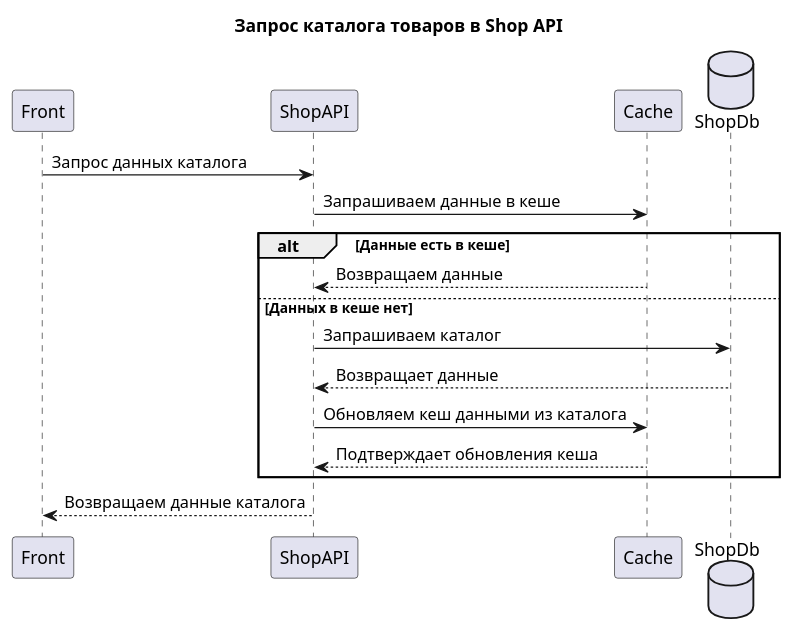
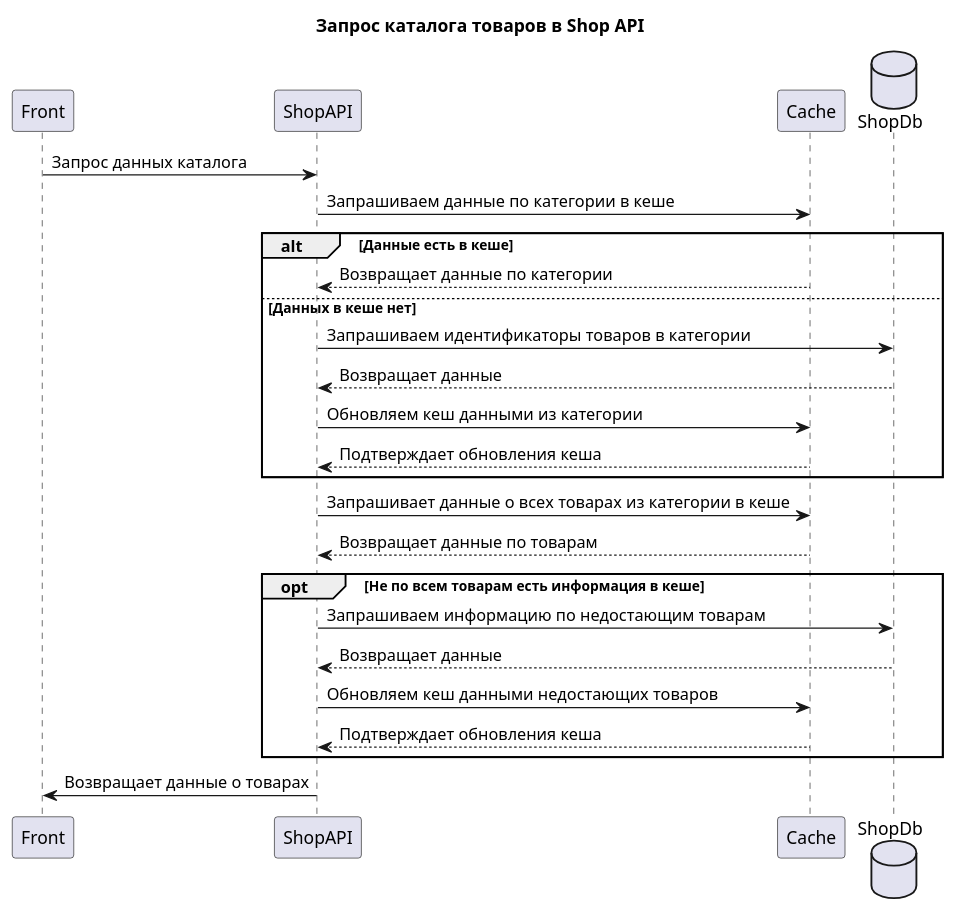
One commit to Chepene/architecture-sprint-4 changed the diagram in Exc5/resources/getcataloguepage.puml. Above: the diagram before and after it, drawn with PlantUML. The commit also changed 2 other files, not shown here.

```diff
--- a/Exc5/resources/getcataloguepage.puml
+++ b/Exc5/resources/getcataloguepage.puml
@@ -1,21 +1,29 @@
 @startuml
 title Запрос каталога товаров в Shop API
 
 participant Front
 participant ShopAPI
 participant Cache
 database ShopDb
 
 Front -> ShopAPI: Запрос данных каталога
-ShopAPI -> Cache: Запрашиваем данные в кеше
+ShopAPI -> Cache: Запрашиваем данные по категории в кеше
 alt Данные есть в кеше
-    Cache --> ShopAPI: Возвращаем данные
-else Данных в кеше нет
-    ShopAPI -> ShopDb: Запрашиваем каталог
+    Cache --> ShopAPI: Возвращает данные по категории
+else Данных в кеше нет    
+    ShopAPI -> ShopDb: Запрашиваем идентификаторы товаров в категории
     ShopDb --> ShopAPI: Возвращает данные
-    ShopAPI -> Cache: Обновляем кеш данными из каталога
+    ShopAPI -> Cache: Обновляем кеш данными из категории
     Cache --> ShopAPI: Подтверждает обновления кеша
 end
-ShopAPI --> Front: Возвращаем данные каталога
-
+ShopAPI -> Cache: Запрашивает данные о всех товарах из категории в кеше
+Cache --> ShopAPI: Возвращает данные по товарам
+opt Не по всем товарам есть информация в кеше 
+    ShopAPI -> ShopDb: Запрашиваем информацию по недостающим товарам
+    ShopDb --> ShopAPI: Возвращает данные    
+    ShopAPI -> Cache: Обновляем кеш данными недостающих товаров
+    Cache --> ShopAPI: Подтверждает обновления кеша 
+end
+ShopAPI -> Front : Возвращает данные о товарах    
+    
 @enduml
```
